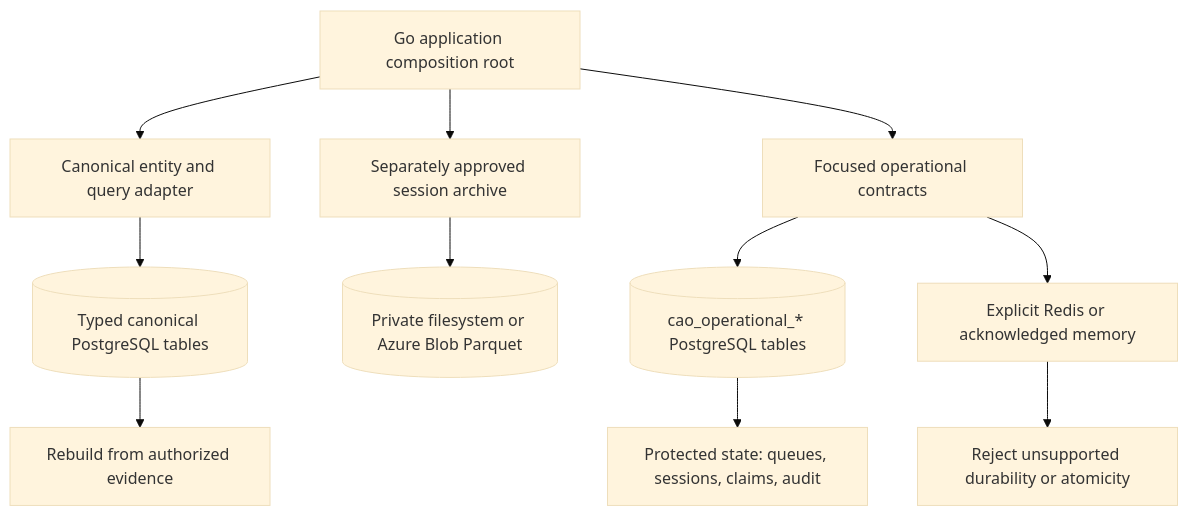
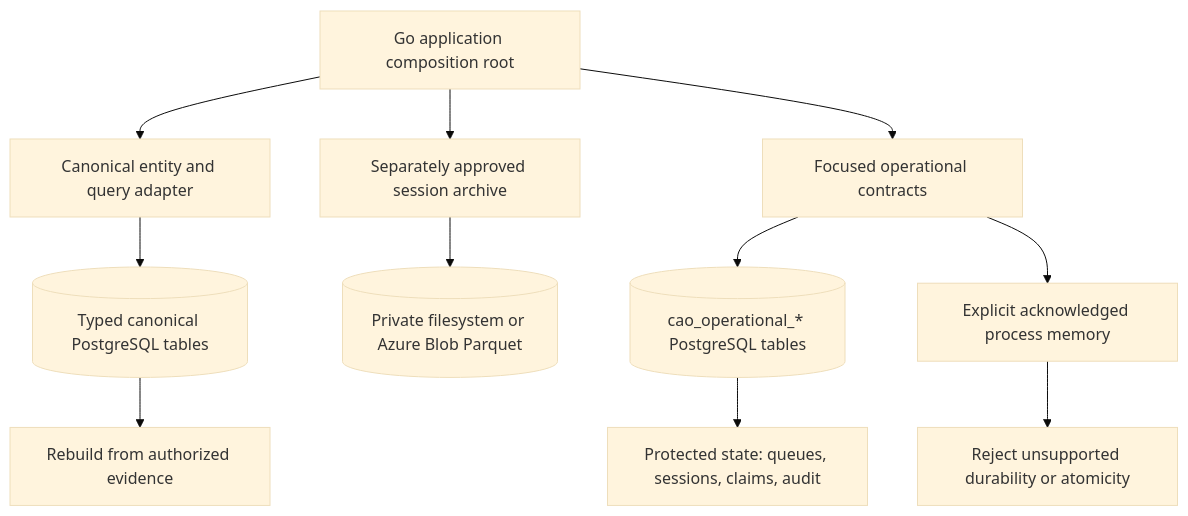
The seventh of 15 diagrams in docs/dashboard-data-architecture.md (githubnext/gh-cao), drawn with Mermaid (base theme) before and after one commit. The commit also changed other lines of this file and 255 other files, not shown here.

````diff
--- a/docs/dashboard-data-architecture.md
+++ b/docs/dashboard-data-architecture.md
@@ -255,15 +255,15 @@
 ```mermaid
 flowchart TB
   accTitle: Storage ownership and durability boundaries
   accDescr: Canonical analytical storage is rebuildable. Focused operational services protect queues, OAuth sessions, claims, quotas and audit history. A separate approved session archive owns private Parquet evidence, not PostgreSQL content or dashboard queries.
   Go["Go application composition root"] --> Analytical["Canonical entity and query adapter"]
   Analytical --> Entities[("Typed canonical PostgreSQL tables")]
   Go --> Services["Focused operational contracts"]
   Go --> Archive["Separately approved session archive"]
   Archive --> Parquet[("Private filesystem or Azure Blob Parquet")]
   Services --> Durable[("cao_operational_* PostgreSQL tables")]
-  Services --> Alternative["Explicit Redis or acknowledged memory"]
+  Services --> Alternative["Explicit acknowledged process memory"]
   Entities --> Rebuild["Rebuild from authorized evidence"]
   Durable --> Protected["Protected state: queues, sessions, claims, audit"]
   Alternative --> Capability["Reject unsupported durability or atomicity"]
 ```
````
